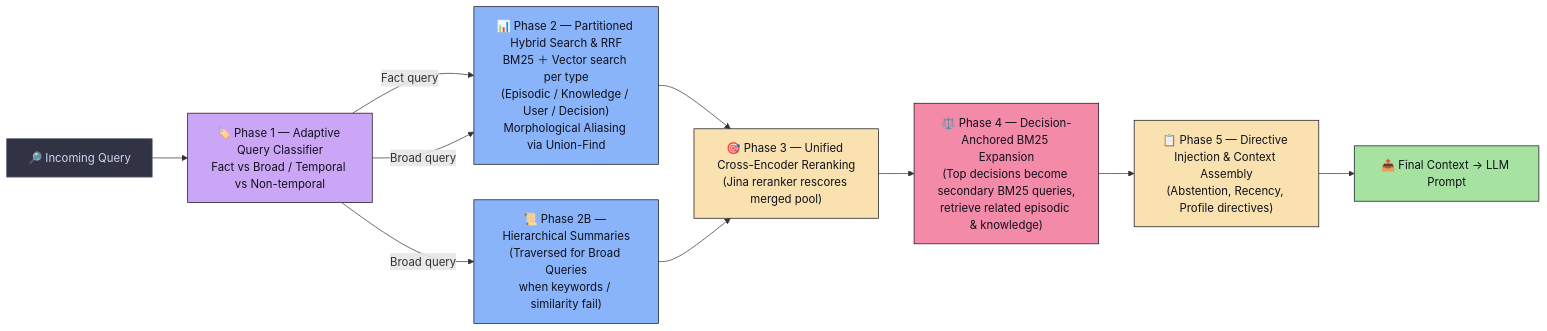
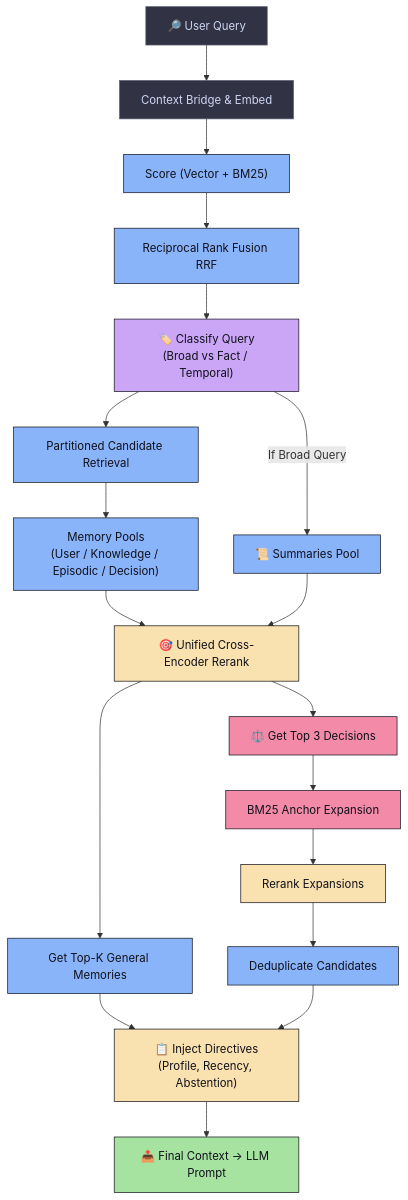
The third of 3 diagrams in README.md (faisalhussain-devs/MindCache), drawn with Mermaid before and after one commit. The commit also changed other lines of this file and 12 other files, not shown here.

Commit message:
fixed bugs related to the multi user feature addition in nodes_summary and root_cache

````diff
--- a/README.md
+++ b/README.md
@@ -123,33 +120,31 @@
 ```mermaid
-flowchart LR
-    classDef query    fill:#313244,color:#cdd6f4,stroke:#585b70
-    classDef classify fill:#cba6f7,color:#11111b,stroke:#11111b
-    classDef search   fill:#89b4fa,color:#11111b,stroke:#11111b
-    classDef rerank   fill:#f9e2af,color:#11111b,stroke:#11111b
-    classDef anchor   fill:#f38ba8,color:#11111b,stroke:#11111b
-    classDef output   fill:#a6e3a1,color:#11111b,stroke:#11111b
+flowchart TD
+    classDef dark      fill:#313244,color:#cdd6f4,stroke:#585b70
+    classDef llm       fill:#cba6f7,color:#11111b,stroke:#11111b
+    classDef search    fill:#89b4fa,color:#11111b,stroke:#11111b
+    classDef rerank    fill:#f9e2af,color:#11111b,stroke:#11111b
+    classDef anchor    fill:#f38ba8,color:#11111b,stroke:#11111b
+    classDef green     fill:#a6e3a1,color:#11111b,stroke:#11111b
 
-    Q["🔎 Incoming Query"]:::query
-
-    CL["🏷️ Phase 1 — Adaptive Query Classifier\nFact vs Broad / Temporal vs Non-temporal"]:::classify
-
-    P1["📊 Phase 2 — Partitioned Hybrid Search & RRF\nBM25 ＋ Vector search per type\n(Episodic / Knowledge / User / Decision)\nMorphological Aliasing via Union-Find"]:::search
-
-    P1B["📜 Phase 2B — Hierarchical Summaries\n(Traversed for Broad Queries\nwhen keywords / similarity fail)"]:::search
-
-    P3["🎯 Phase 3 — Unified Cross-Encoder Reranking\n(Jina reranker rescores merged pool)"]:::rerank
-
-    P4["⚖️ Phase 4 — Decision-Anchored BM25 Expansion\n(Top decisions become secondary BM25 queries,\nretrieve related episodic & knowledge)"]:::anchor
-
-    P5["📋 Phase 5 — Directive Injection & Context Assembly\n(Abstention, Recency, Profile directives)"]:::rerank
-
-    OUT["📤 Final Context → LLM Prompt"]:::output
-
-    Q --> CL
-    CL -- "Fact query" --> P1
-    CL -- "Broad query" --> P1 & P1B
-    P1 & P1B --> P3
-    P3 --> P4
-    P4 --> P5
-    P5 --> OUT
+    Q["🔎 User Query"]:::dark --> A["Context Bridge & Embed"]:::dark
+    A --> B["Score (Vector + BM25)"]:::search
+    B --> C["Reciprocal Rank Fusion RRF"]:::search
+    
+    C --> D["🏷️ Classify Query\n(Broad vs Fact / Temporal)"]:::llm
+    
+    D --> E["Partitioned Candidate Retrieval"]:::search
+    E --> F["Memory Pools\n(User / Knowledge / Episodic / Decision)"]:::search
+    D -->|"If Broad Query"| G["📜 Summaries Pool"]:::search
+    
+    F & G --> H["🎯 Unified Cross-Encoder Rerank"]:::rerank
+    
+    H --> I["⚖️ Get Top 3 Decisions"]:::anchor
+    H --> J["Get Top-K General Memories"]:::search
+    
+    I --> K["BM25 Anchor Expansion"]:::anchor
+    K --> L["Rerank Expansions"]:::rerank
+    L --> M["Deduplicate Candidates"]:::search
+    
+    J & M --> N["📋 Inject Directives\n(Profile, Recency, Abstention)"]:::rerank
+    N --> OUT["📤 Final Context → LLM Prompt"]:::green
 ```
````
